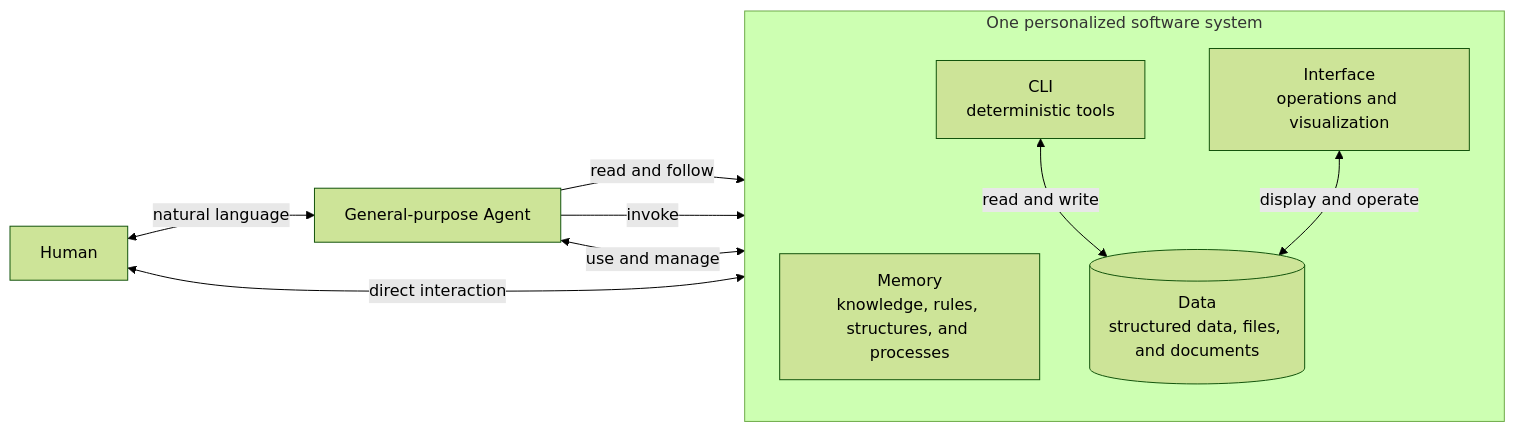
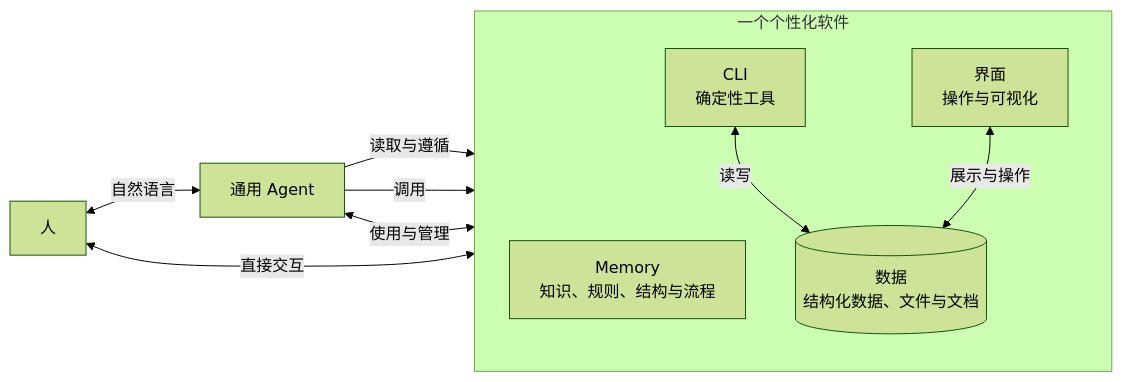
Before and after one commit to billtenor/memsphere: the diagram in README.md, drawn with Mermaid (forest theme). The commit also changed other lines of this file and 5 other files, not shown here.

````diff
--- a/README.md
+++ b/README.md
@@ -80,22 +80,22 @@
-~~~mermaid
+```mermaid
 flowchart LR
-    H["Human"]
-    A["General-purpose Agent"]
+    H["人"]
+    A["通用 Agent"]
 
-    subgraph S["One personalized software system"]
+    subgraph S["一个个性化软件"]
         direction TB
-        M["Memory<br/>knowledge, rules, structures, and processes"]
-        C["CLI<br/>deterministic tools"]
-        D[("Data<br/>structured data, files, and documents")]
-        I["Interface<br/>operations and visualization"]
+        M["Memory<br/>知识、规则、结构与流程"]
+        C["CLI<br/>确定性工具"]
+        D[("数据<br/>结构化数据、文件与文档")]
+        I["界面<br/>操作与可视化"]
 
-        C <-->|"read and write"| D
-        I <-->|"display and operate"| D
+        C <-->|"读写"| D
+        I <-->|"展示与操作"| D
     end
 
-    H <-->|"natural language"| A
-    A -->|"read and follow"| M
-    A -->|"invoke"| C
-    A <-->|"use and manage"| D
-    H <-->|"direct interaction"| I
-~~~
+    H <-->|"自然语言"| A
+    A -->|"读取与遵循"| M
+    A -->|"调用"| C
+    A <-->|"使用与管理"| D
+    H <-->|"直接交互"| I
+```
````
